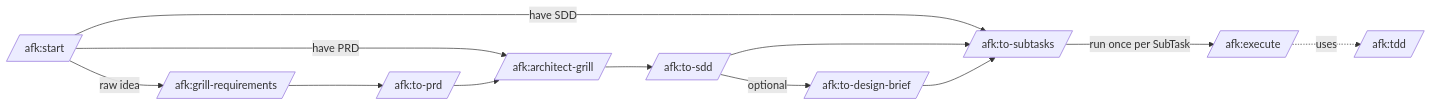
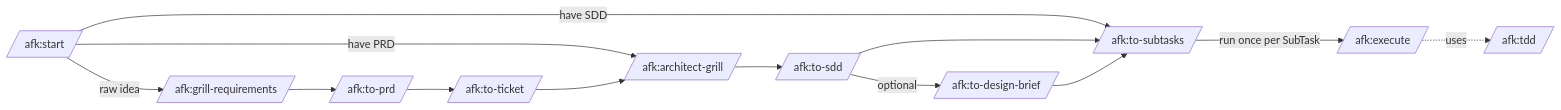
One commit to midnightblur/afk-driver changed the diagram in README.md. Above: the diagram before and after it, drawn with Mermaid. The commit also changed other lines of this file and 6 other files, not shown here.

````diff
--- a/README.md
+++ b/README.md
@@ -16,12 +16,12 @@
 ```mermaid
 graph LR
     Start[/afk:start/] -->|raw idea| Grill[/afk:grill-requirements/]
     Start -->|have PRD| AG[/afk:architect-grill/]
     Start -->|have SDD| Sub[/afk:to-subtasks/]
-    Grill --> Prd[/afk:to-prd/] --> AG --> Sdd[/afk:to-sdd/]
+    Grill --> Prd[/afk:to-prd/] --> Ticket[/afk:to-ticket/] --> AG --> Sdd[/afk:to-sdd/]
     Sdd -->|optional| Brief[/afk:to-design-brief/]
     Sdd --> Sub
     Brief --> Sub
     Sub -->|run once per SubTask| Exec[/afk:execute/]
     Exec -.uses.-> Tdd[/afk:tdd/]
 ```
````
